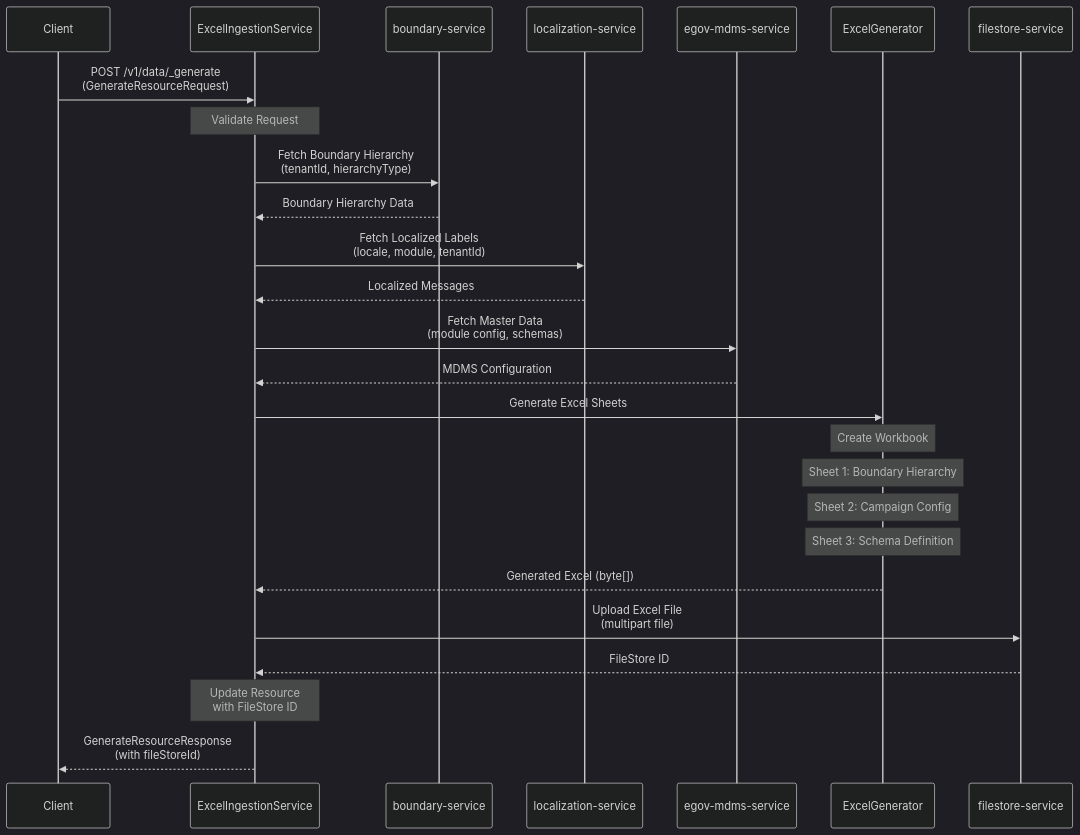
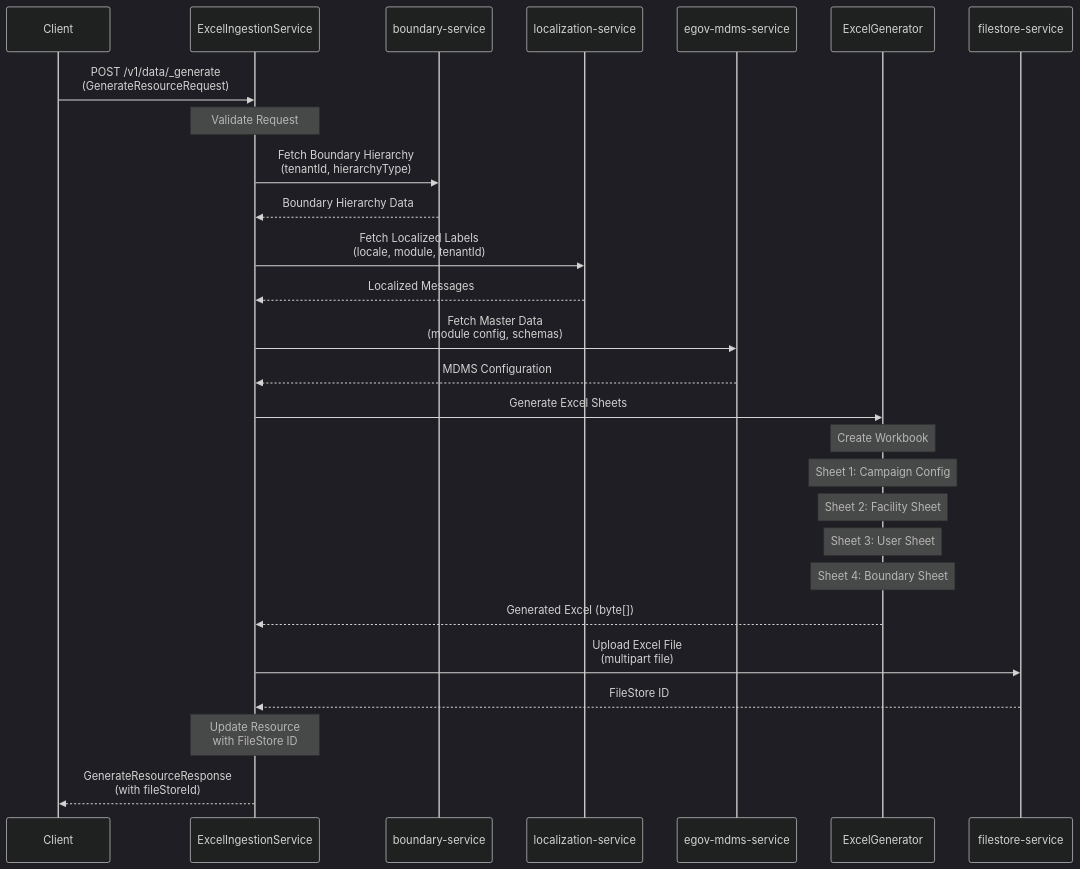
The first of 2 diagrams in health-services/excel-ingestion/sequence-diagram.md (egovernments/health-campaign-services), drawn with Mermaid (dark theme) before and after one commit. The commit also changed 1 other file, not shown here.

Commit message:
Enhanced Readme

````diff
--- a/health-services/excel-ingestion/sequence-diagram.md
+++ b/health-services/excel-ingestion/sequence-diagram.md
@@ -5,39 +5,40 @@
 ```mermaid
 sequenceDiagram
     participant Client
     participant ExcelIngestionService
     participant boundary-service
     participant localization-service
     participant egov-mdms-service
     participant ExcelGenerator
     participant filestore-service
     
     Client->>ExcelIngestionService: POST /v1/data/_generate<br/>(GenerateResourceRequest)
     
     Note over ExcelIngestionService: Validate Request
     
     ExcelIngestionService->>boundary-service: Fetch Boundary Hierarchy<br/>(tenantId, hierarchyType)
     boundary-service-->>ExcelIngestionService: Boundary Hierarchy Data
     
     ExcelIngestionService->>localization-service: Fetch Localized Labels<br/>(locale, module, tenantId)
     localization-service-->>ExcelIngestionService: Localized Messages
     
     ExcelIngestionService->>egov-mdms-service: Fetch Master Data<br/>(module config, schemas)
     egov-mdms-service-->>ExcelIngestionService: MDMS Configuration
     
     ExcelIngestionService->>ExcelGenerator: Generate Excel Sheets
     
     Note over ExcelGenerator: Create Workbook
-    Note over ExcelGenerator: Sheet 1: Boundary Hierarchy
-    Note over ExcelGenerator: Sheet 2: Campaign Config
-    Note over ExcelGenerator: Sheet 3: Schema Definition
+    Note over ExcelGenerator: Sheet 1: Campaign Config
+    Note over ExcelGenerator: Sheet 2: Facility Sheet
+    Note over ExcelGenerator: Sheet 3: User Sheet
+    Note over ExcelGenerator: Sheet 4: Boundary Sheet
     
     ExcelGenerator-->>ExcelIngestionService: Generated Excel (byte[])
     
     ExcelIngestionService->>filestore-service: Upload Excel File<br/>(multipart file)
     filestore-service-->>ExcelIngestionService: FileStore ID
     
     Note over ExcelIngestionService: Update Resource<br/>with FileStore ID
     
     ExcelIngestionService-->>Client: GenerateResourceResponse<br/>(with fileStoreId)
 ```
````
